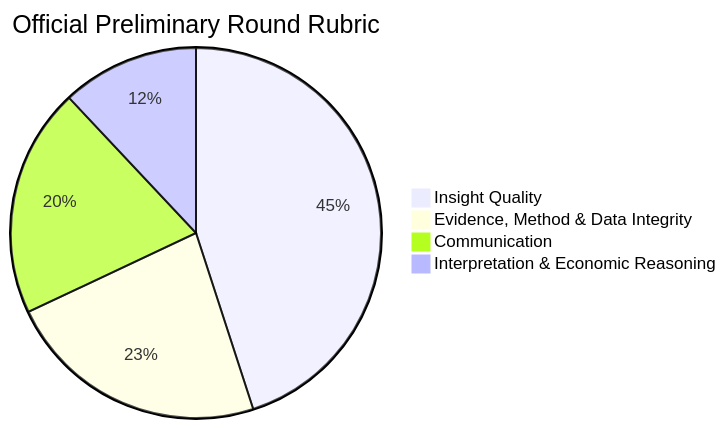
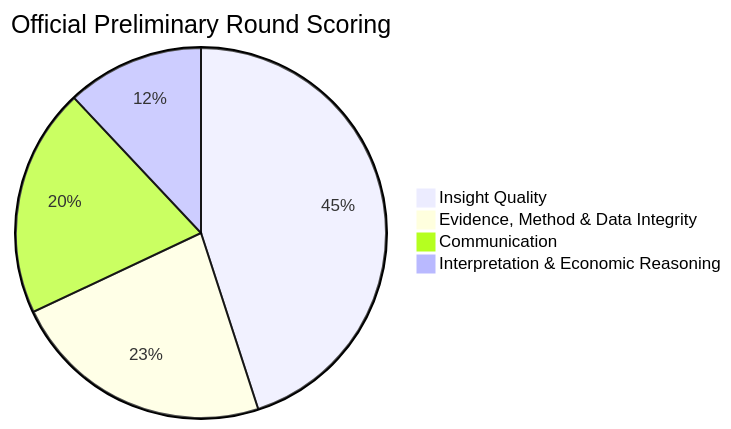
Before and after one commit to idrisharis12/umdac-datathom-2026: the second of 2 diagrams in README.md, drawn with Mermaid. The commit also changed other lines of this file and 5 other files, not shown here.

````diff
--- a/README.md
+++ b/README.md
@@ -148,7 +186,7 @@
 ```mermaid
-pie title Official Preliminary Round Rubric
+pie title Official Preliminary Round Scoring
     "Insight Quality" : 45
     "Evidence, Method & Data Integrity" : 23
     "Communication" : 20
     "Interpretation & Economic Reasoning" : 12
 ```
````
